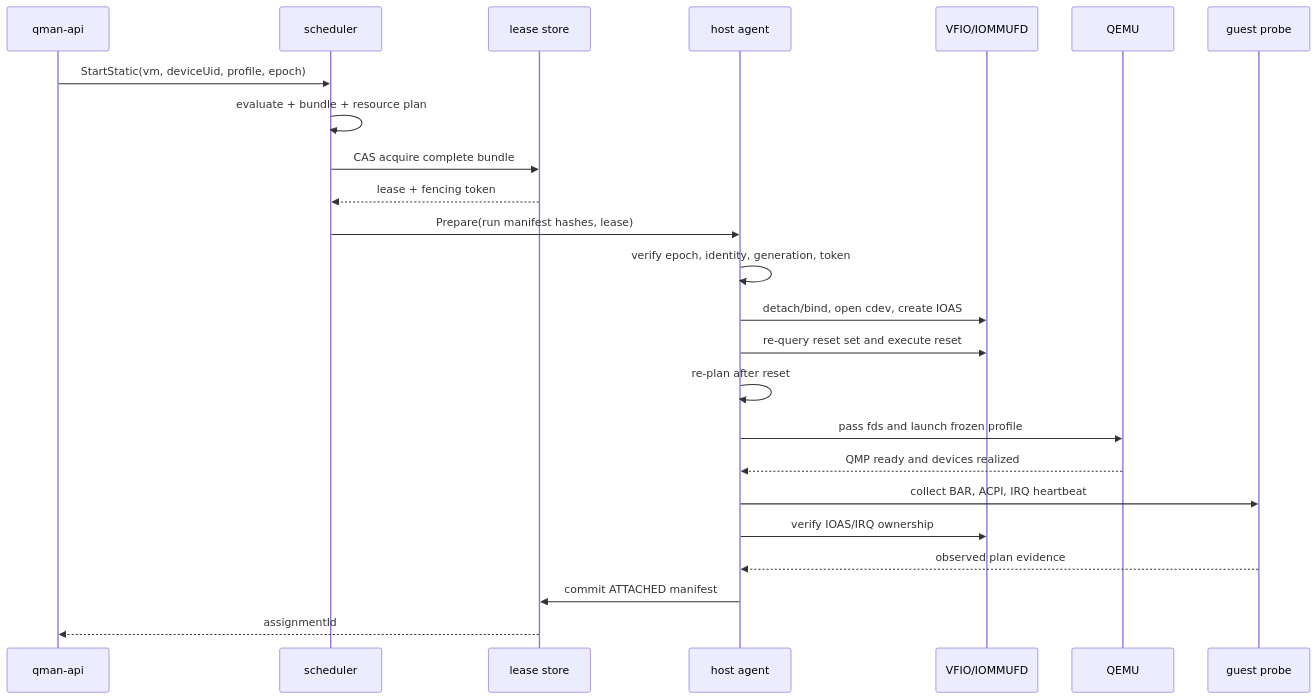
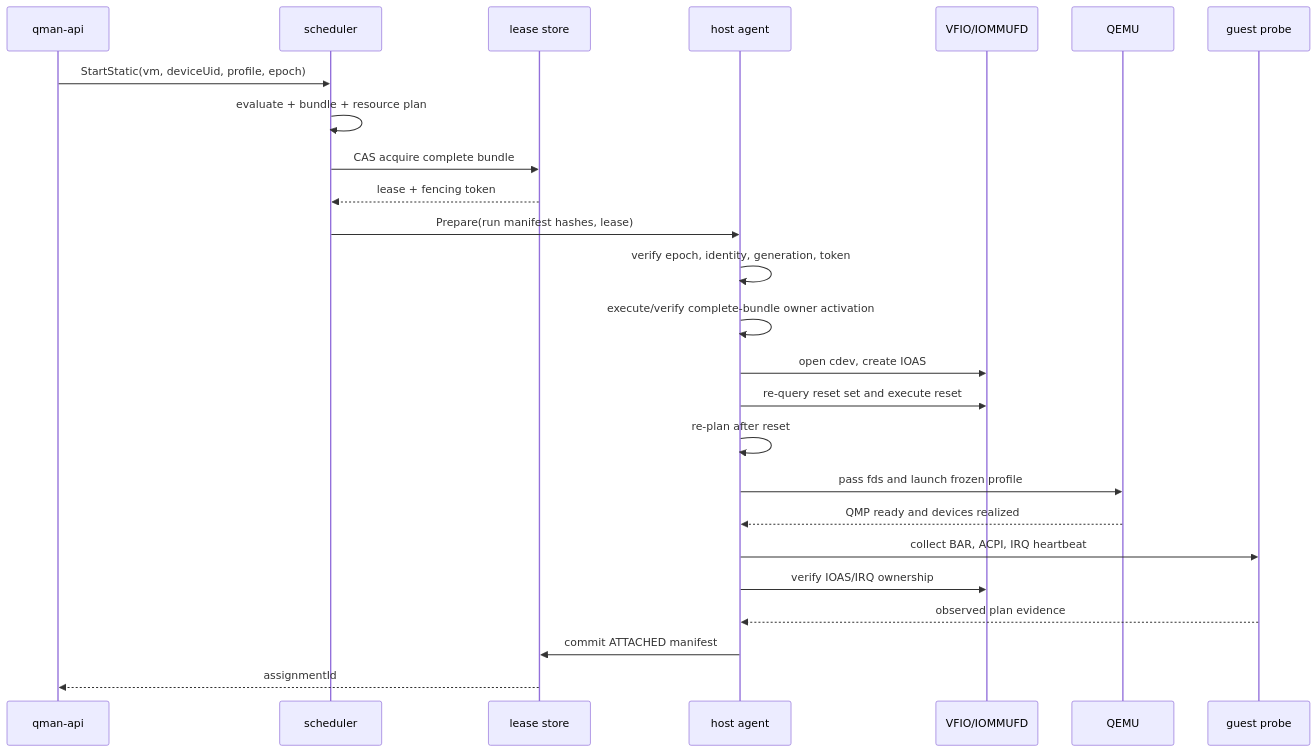
The eighth of 9 diagrams in qman-directpath-implementation-blueprint.md (JoJoJoinme/pci-mmio-notes), drawn with Mermaid before and after one commit. The commit also changed other lines of this file and 10 other files, not shown here.

Commit message:
design: model DirectPath owner activation and reboot

````diff
--- a/qman-directpath-implementation-blueprint.md
+++ b/qman-directpath-implementation-blueprint.md
@@ -797,27 +961,28 @@
 ```mermaid
 sequenceDiagram
     participant API as qman-api
     participant S as scheduler
     participant L as lease store
     participant H as host agent
     participant V as VFIO/IOMMUFD
     participant Q as QEMU
     participant G as guest probe
 
     API->>S: StartStatic(vm, deviceUid, profile, epoch)
     S->>S: evaluate + bundle + resource plan
     S->>L: CAS acquire complete bundle
     L-->>S: lease + fencing token
     S->>H: Prepare(run manifest hashes, lease)
     H->>H: verify epoch, identity, generation, token
-    H->>V: detach/bind, open cdev, create IOAS
+    H->>H: execute/verify complete-bundle owner activation
+    H->>V: open cdev, create IOAS
     H->>V: re-query reset set and execute reset
     H->>H: re-plan after reset
     H->>Q: pass fds and launch frozen profile
     Q-->>H: QMP ready and devices realized
     H->>G: collect BAR, ACPI, IRQ heartbeat
     H->>V: verify IOAS/IRQ ownership
     G-->>H: observed plan evidence
     H->>L: commit ATTACHED manifest
     L-->>API: assignmentId
 ```
````
